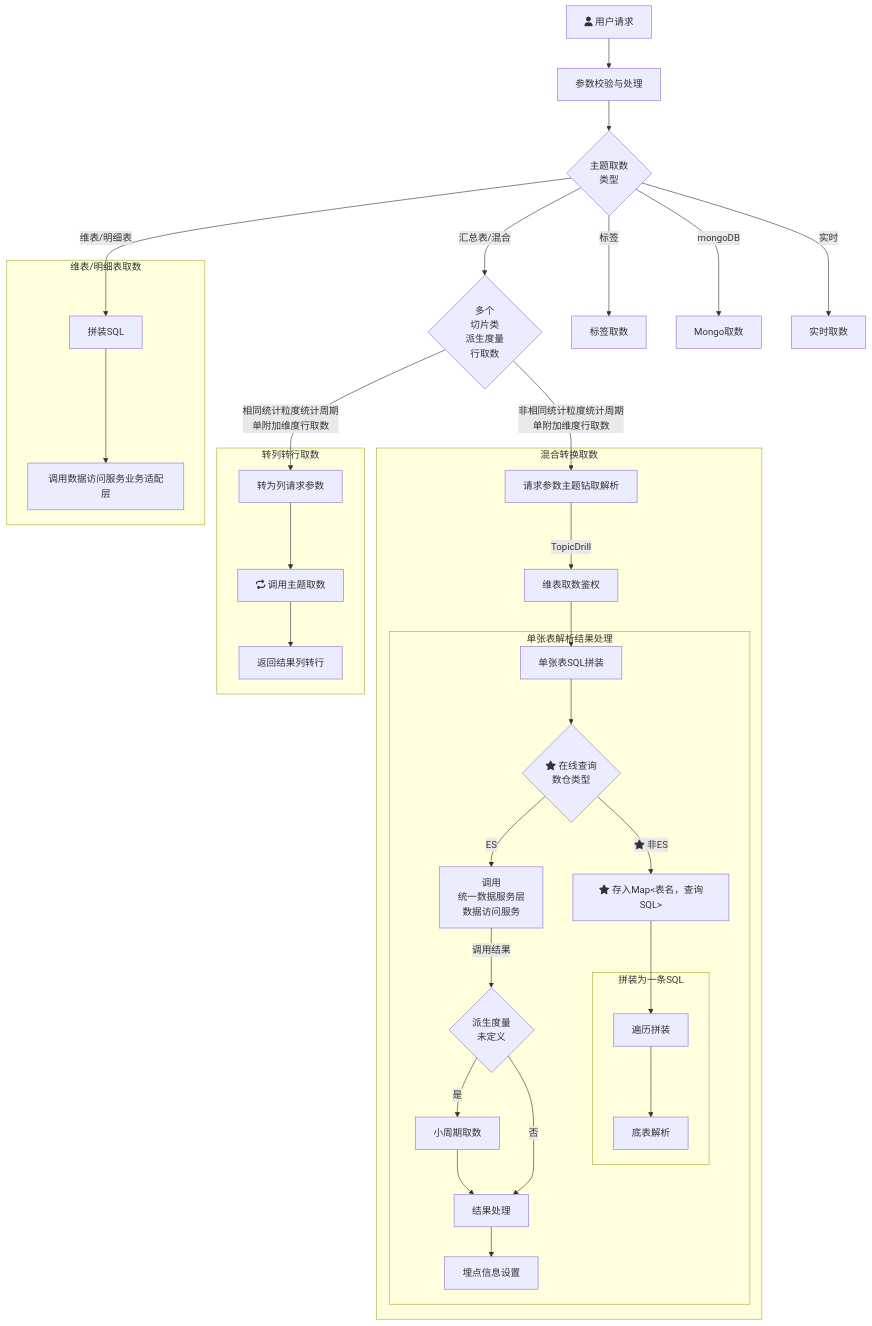
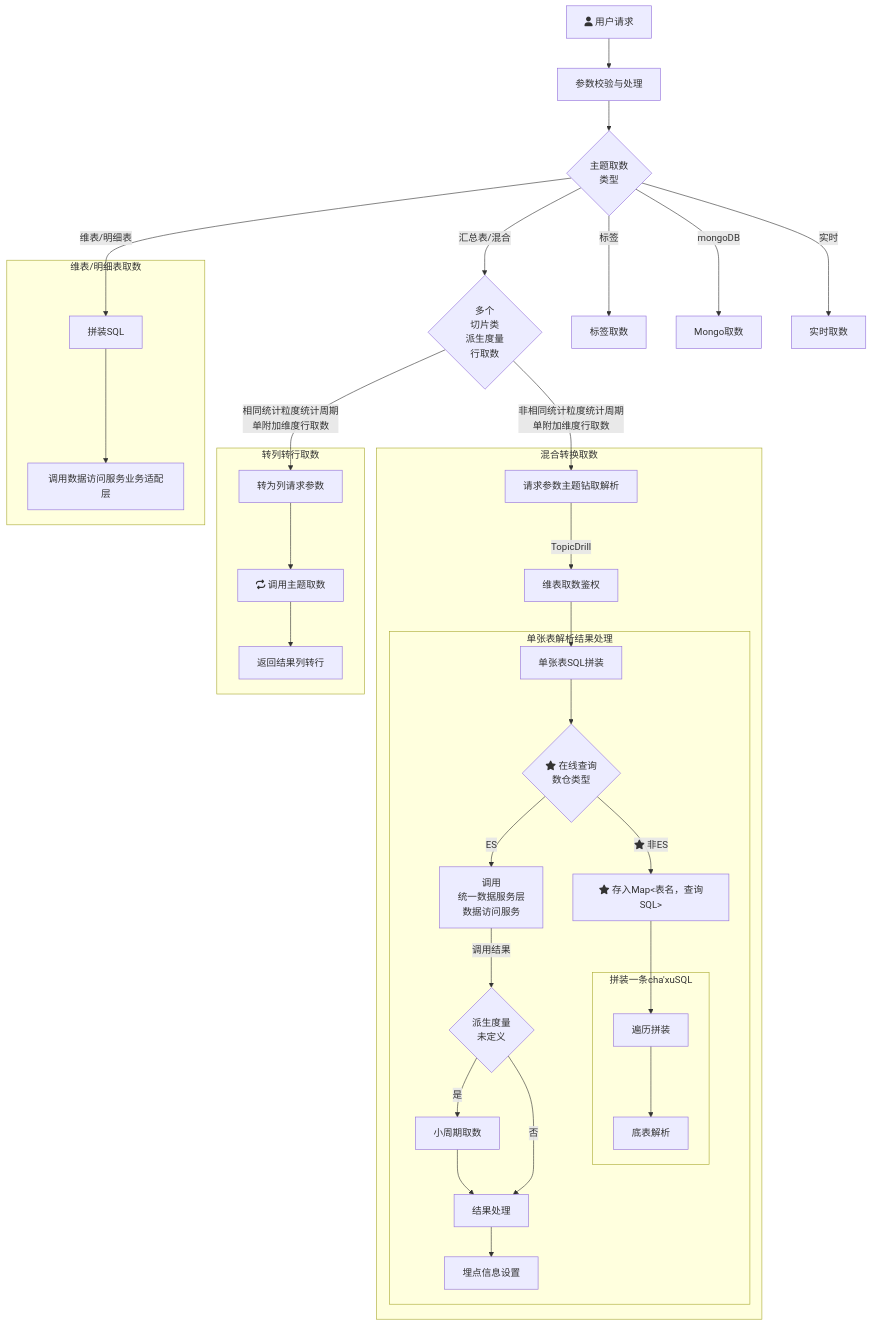
The diagram in all/未命名.md (yanglosm/iodraw-files), drawn with Mermaid before and after one commit.

Commit message:
2024-11-29 19:34:11 update

````diff
--- a/all/未命名.md
+++ b/all/未命名.md
@@ -1,30 +1,30 @@
 ```mermaid
 flowchart TD
     A[fa:fa-user 用户请求] -->A1[参数校验与处理] --> B{主题取数\n类型}
     B -->|维表/明细表| D[拼装SQL]
     B -->|汇总表/混合| E{多个\n切片类\n派生度量\n行取数}
     B -->|标签| F[标签取数]
     B -->|mongoDB| G[Mongo取数]
     B -->|实时| H[实时取数]
     E -->|相同统计粒度统计周期\n单附加维度行取数| E1[转为列请求参数]
     E -->|非相同统计粒度统计周期\n单附加维度行取数| T1[请求参数主题钻取解析]
     subgraph 维表/明细表取数
     D-->D1[调用数据访问服务业务适配层]
     end
     subgraph 转列转行取数
     E1-->E11[fa:fa-repeat 调用主题取数]-->E12[返回结果列转行]
     end
     subgraph 混合转换取数
     T1-->|TopicDrill| T2[维表取数鉴权] --> T31[单张表SQL拼装]
         subgraph 单张表解析结果处理
         T31 --> T4{fa:fa-star 在线查询\n数仓类型}-->|ES|T32[调用\n统一数据服务层\n数据访问服务] --> |调用结果|T33{派生度量\n未定义}
         T33 --> |是|T33_1[小周期取数]-->T34[结果处理]-->T35[埋点信息设置]
         T33 --> |否|T34
         T4 --> |fa:fa-star 非ES|T41["fa:fa-star 存入Map<表名，查询SQL>"]
         T41 --> T42[遍历拼装]
-            subgraph 拼装为一条SQL
+            subgraph 拼装一条cha'xuSQL
             T42 --> M1[底表解析]
             end
         end
     end
 ```
````
